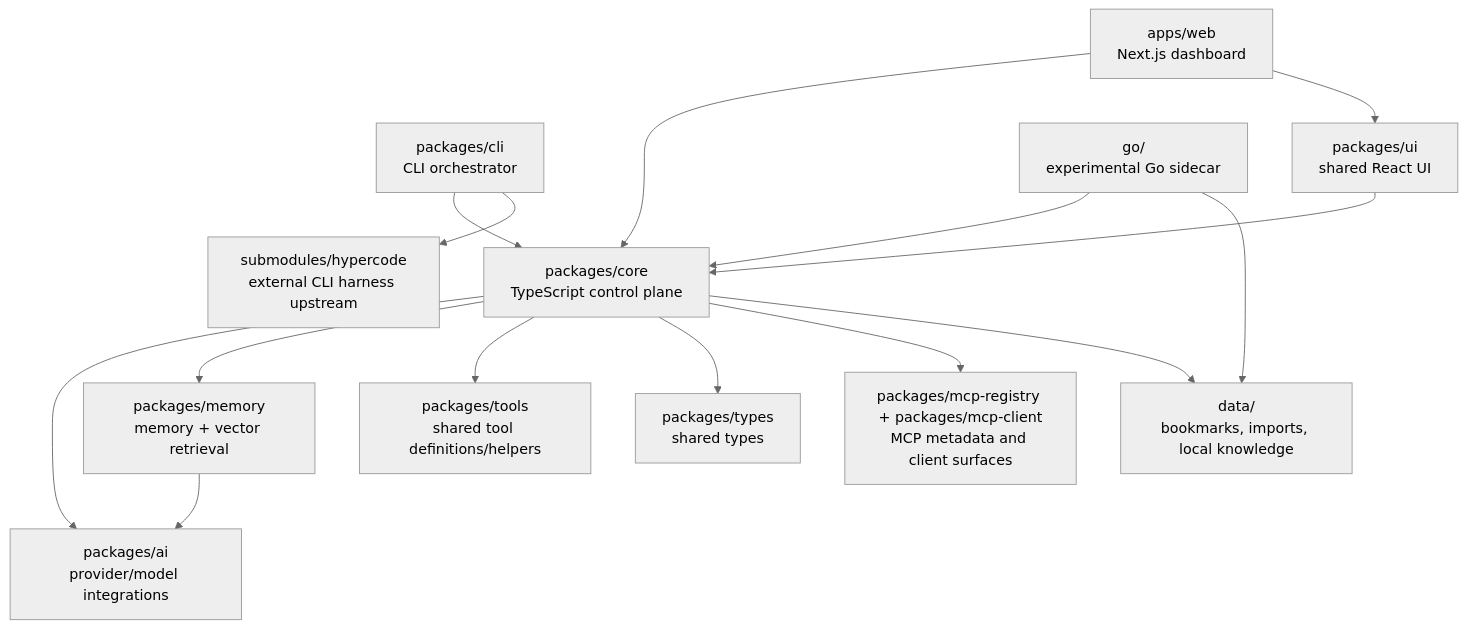
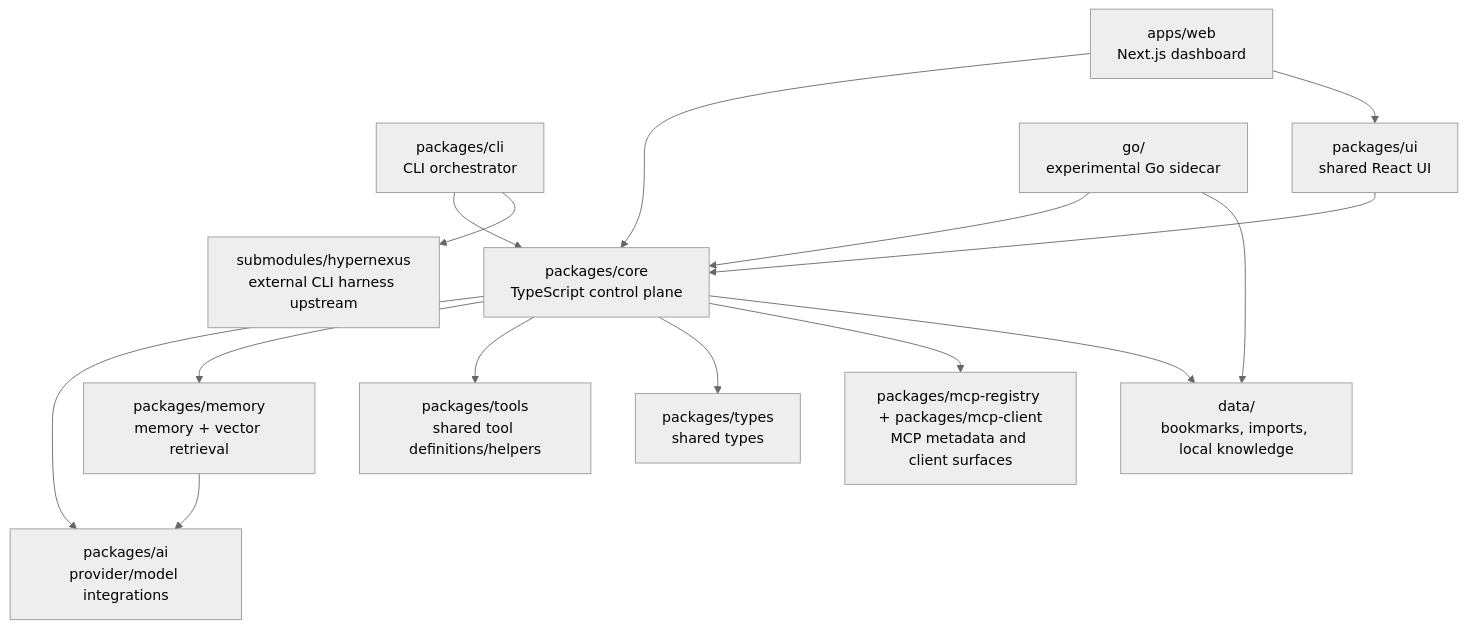
The first of 7 diagrams in docs/PROJECT_STRUCTURE.md (candlestixxx/hyperNexus), drawn with Mermaid (neutral theme) before and after one commit. The commit also changed other lines of this file and 1329 other files, not shown here.

````diff
--- a/docs/PROJECT_STRUCTURE.md
+++ b/docs/PROJECT_STRUCTURE.md
@@ -68,31 +68,31 @@
 ```mermaid
 flowchart TD
     CLI["packages/cli\nCLI orchestrator"]
     WEB["apps/web\nNext.js dashboard"]
     UI["packages/ui\nshared React UI"]
     CORE["packages/core\nTypeScript control plane"]
     AI["packages/ai\nprovider/model integrations"]
     MEMORY["packages/memory\nmemory + vector retrieval"]
     TOOLS["packages/tools\nshared tool definitions/helpers"]
     TYPES["packages/types\nshared types"]
     MCP["packages/mcp-registry + packages/mcp-client\nMCP metadata and client surfaces"]
     GO["go/\nexperimental Go sidecar"]
-    SUB["submodules/hypercode\nexternal CLI harness upstream"]
-    SUB["submodules/hypercode\nexternal CLI harness upstream"]
+    SUB["submodules/hypernexus\nexternal CLI harness upstream"]
+    SUB["submodules/hypernexus\nexternal CLI harness upstream"]
     DATA["data/\nbookmarks, imports, local knowledge"]
 
     CLI --> CORE
     WEB --> CORE
     WEB --> UI
     UI --> CORE
     CORE --> AI
     CORE --> MEMORY
     CORE --> TOOLS
     CORE --> TYPES
     CORE --> MCP
     MEMORY --> AI
     GO --> CORE
     CLI --> SUB
     CORE --> DATA
     GO --> DATA
 ```
````
